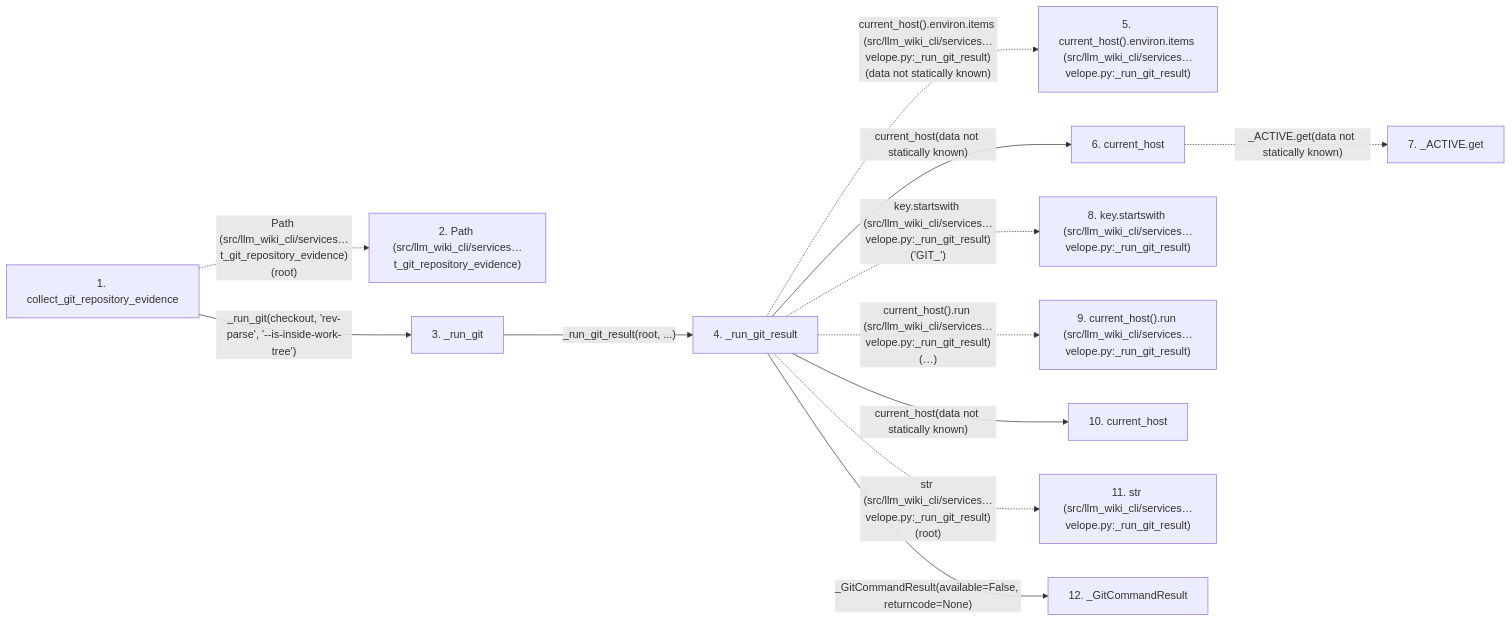
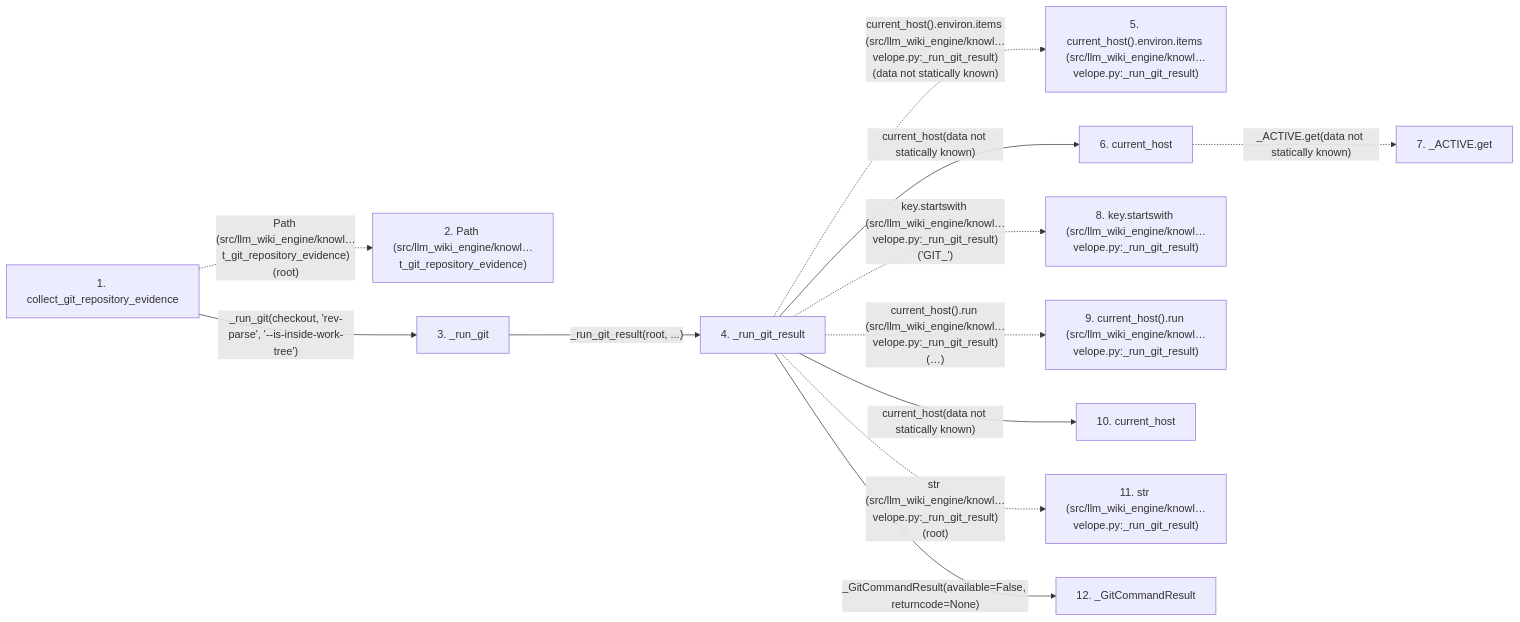
One commit to Denissvgn/python-wiki-llm changed the second of 2 diagrams in docs/llm_wiki/flows/api-collect_git_repository_evidence.md. Above: the diagram before and after it, drawn with Mermaid. The commit also changed other lines of this file and 1058 other files, not shown here.

````diff
--- a/docs/llm_wiki/flows/api-collect_git_repository_evidence.md
+++ b/docs/llm_wiki/flows/api-collect_git_repository_evidence.md
@@ -127,32 +127,32 @@
 ```mermaid
 flowchart LR
     s1["1. collect_git_repository_evidence"]
-    s2["2. Path (src/llm_wiki_cli/services…t_git_repository_evidence)"]
+    s2["2. Path (src/llm_wiki_engine/knowl…t_git_repository_evidence)"]
     s3["3. _run_git"]
     s4["4. _run_git_result"]
-    s5["5. current_host().environ.items (src/llm_wiki_cli/services…velope.py:_run_git_result)"]
+    s5["5. current_host().environ.items (src/llm_wiki_engine/knowl…velope.py:_run_git_result)"]
     s6["6. current_host"]
     s7["7. _ACTIVE.get"]
-    s8["8. key.startswith (src/llm_wiki_cli/services…velope.py:_run_git_result)"]
-    s9["9. current_host().run (src/llm_wiki_cli/services…velope.py:_run_git_result)"]
+    s8["8. key.startswith (src/llm_wiki_engine/knowl…velope.py:_run_git_result)"]
+    s9["9. current_host().run (src/llm_wiki_engine/knowl…velope.py:_run_git_result)"]
     s10["10. current_host"]
-    s11["11. str (src/llm_wiki_cli/services…velope.py:_run_git_result)"]
+    s11["11. str (src/llm_wiki_engine/knowl…velope.py:_run_git_result)"]
     s12["12. _GitCommandResult"]
-    s1 -. "Path (src/llm_wiki_cli/services…t_git_repository_evidence)(root)" .-> s2
+    s1 -. "Path (src/llm_wiki_engine/knowl…t_git_repository_evidence)(root)" .-> s2
     s1 -->|"_run_git(checkout, 'rev-parse', '--is-inside-work-tree')"| s3
     s3 -->|"_run_git_result(root, ...)"| s4
-    s4 -. "current_host().environ.items (src/llm_wiki_cli/services…velope.py:_run_git_result)(data not statically known)" .-> s5
+    s4 -. "current_host().environ.items (src/llm_wiki_engine/knowl…velope.py:_run_git_result)(data not statically known)" .-> s5
     s4 -->|"current_host(data not statically known)"| s6
     s6 -. "_ACTIVE.get(data not statically known)" .-> s7
-    s4 -. "key.startswith (src/llm_wiki_cli/services…velope.py:_run_git_result)('GIT_')" .-> s8
-    s4 -. "current_host().run (src/llm_wiki_cli/services…velope.py:_run_git_result)(…)" .-> s9
+    s4 -. "key.startswith (src/llm_wiki_engine/knowl…velope.py:_run_git_result)('GIT_')" .-> s8
+    s4 -. "current_host().run (src/llm_wiki_engine/knowl…velope.py:_run_git_result)(…)" .-> s9
     s4 -->|"current_host(data not statically known)"| s10
-    s4 -. "str (src/llm_wiki_cli/services…velope.py:_run_git_result)(root)" .-> s11
+    s4 -. "str (src/llm_wiki_engine/knowl…velope.py:_run_git_result)(root)" .-> s11
     s4 -->|"_GitCommandResult(available=False, returncode=None)"| s12
     click s1 "../modules/knowledge_envelope.md"
     click s3 "../modules/knowledge_envelope.md"
     click s4 "../modules/knowledge_envelope.md"
     click s6 "../modules/host.md"
     click s10 "../modules/host.md"
     click s12 "../modules/knowledge_envelope.md"
 ```
````
